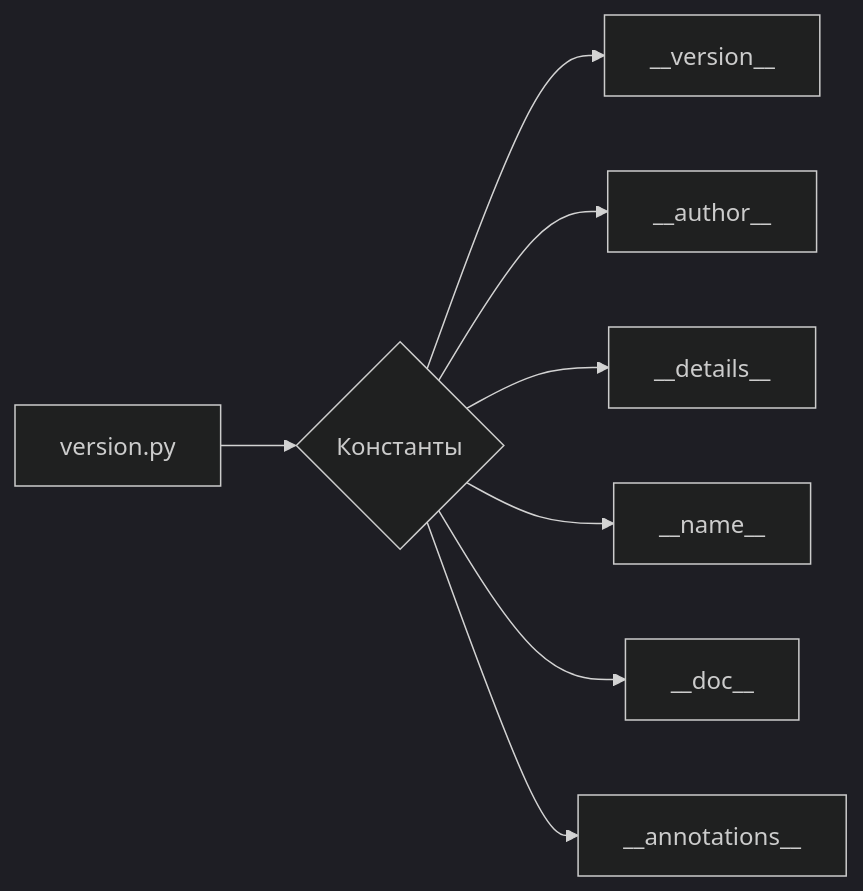
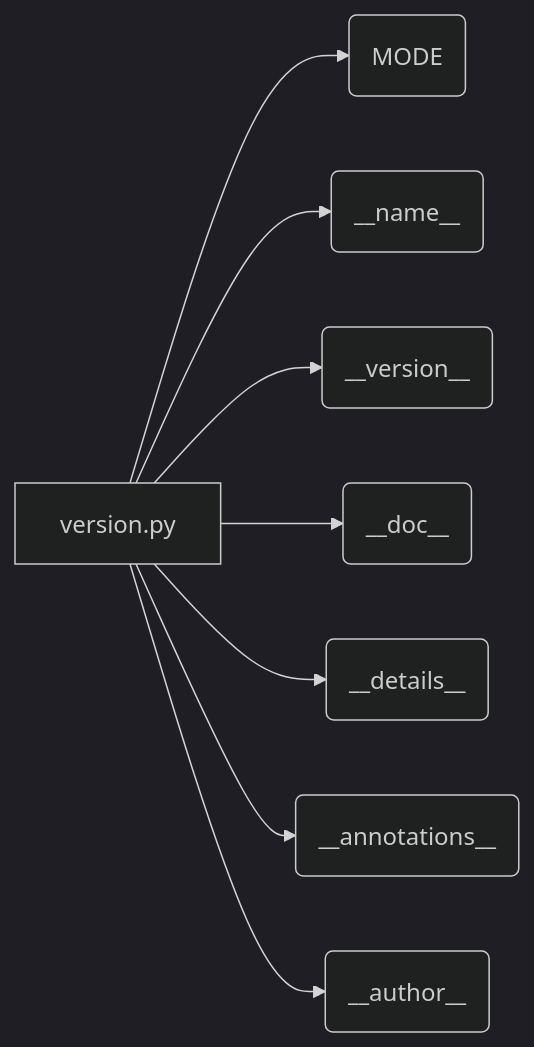
Before and after one commit to hypo69/hypo: the diagram in docs/gemini/ru/explainer/src/webdriver/chrome/extentions/version.md, drawn with Mermaid (dark theme). The commit also changed other lines of this file and 311 other files, not shown here.

````diff
--- a/docs/gemini/ru/explainer/src/webdriver/chrome/extentions/version.md
+++ b/docs/gemini/ru/explainer/src/webdriver/chrome/extentions/version.md
@@ -70,10 +69,10 @@
 ```mermaid
 graph LR
-    A[version.py] --> B{Константы};
-    B --> C[__version__];
-    B --> D[__author__];
-    B --> E[__details__];
-    B --> F[__name__];
-    B --> G[__doc__];
-    B --> H[__annotations__];
+    A[version.py] --> B(MODE);
+    A --> C(__name__);
+    A --> D(__version__);
+    A --> E(__doc__);
+    A --> F(__details__);
+    A --> G(__annotations__);
+    A --> H(__author__);
 ```
````
